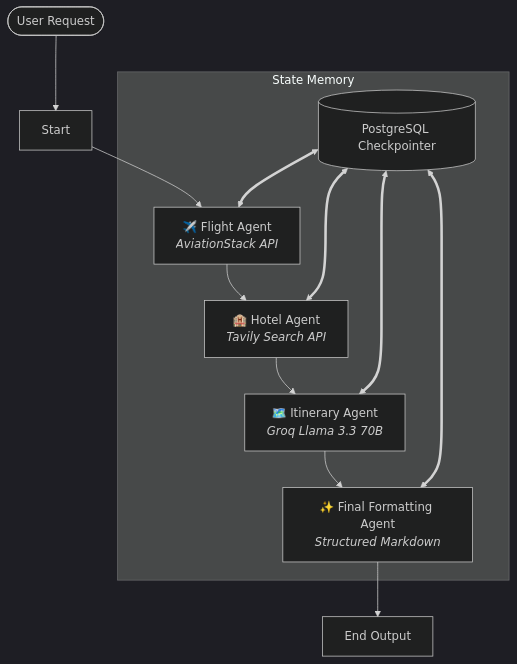
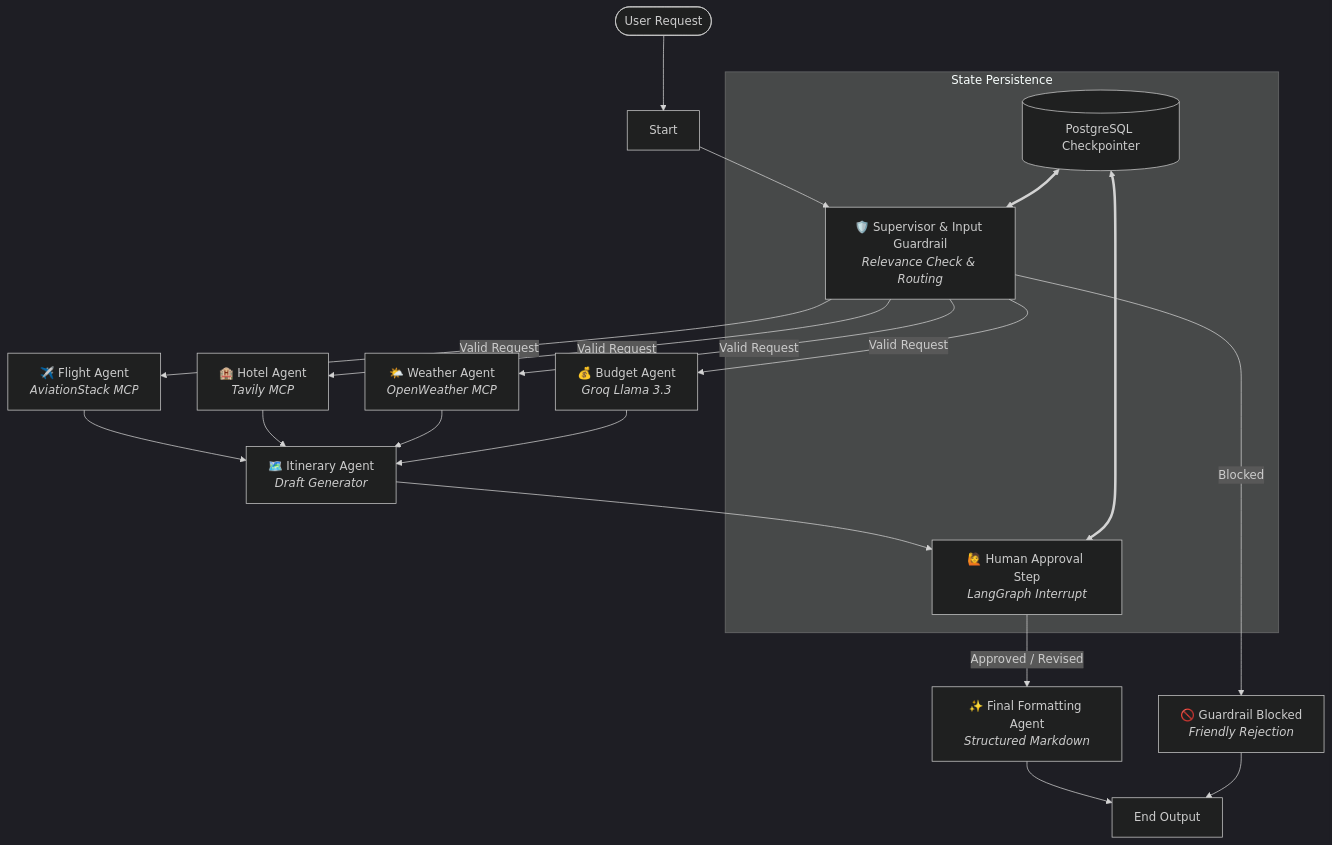
One commit to Dishu223/voyaige-multi-agent changed the diagram in README.md. Above: the diagram before and after it, drawn with Mermaid (dark theme). The commit also changed other lines of this file and 6 other files, not shown here.

````diff
--- a/README.md
+++ b/README.md
@@ -35,16 +38,26 @@
 ```mermaid
 graph TD
     User([User Request]) --> START[Start]
-    START --> FlightAgent[✈️ Flight Agent<br/><i>AviationStack API</i>]
-    FlightAgent --> HotelAgent[🏨 Hotel Agent<br/><i>Tavily Search API</i>]
-    HotelAgent --> ItineraryAgent[🗺️ Itinerary Agent<br/><i>Groq Llama 3.3 70B</i>]
-    ItineraryAgent --> FinalAgent[✨ Final Formatting Agent<br/><i>Structured Markdown</i>]
-    FinalAgent --> END[End Output]
+    START --> Supervisor[🛡️ Supervisor & Input Guardrail<br/><i>Relevance Check & Routing</i>]
+    
+    Supervisor -->|Valid Request| Flight[✈️ Flight Agent<br/><i>AviationStack MCP</i>]
+    Supervisor -->|Valid Request| Hotel[🏨 Hotel Agent<br/><i>Tavily MCP</i>]
+    Supervisor -->|Valid Request| Weather[🌤️ Weather Agent<br/><i>OpenWeather MCP</i>]
+    Supervisor -->|Valid Request| Budget[💰 Budget Agent<br/><i>Groq Llama 3.3</i>]
+    Supervisor -->|Blocked| Blocked[🚫 Guardrail Blocked<br/><i>Friendly Rejection</i>]
+    
+    Flight --> Itinerary[🗺️ Itinerary Agent<br/><i>Draft Generator</i>]
+    Hotel --> Itinerary
+    Weather --> Itinerary
+    Budget --> Itinerary
+    
+    Itinerary --> HITL[🙋 Human Approval Step<br/><i>LangGraph Interrupt</i>]
+    HITL -->|Approved / Revised| Final[✨ Final Formatting Agent<br/><i>Structured Markdown</i>]
+    Final --> END[End Output]
+    Blocked --> END
 
-    subgraph State Memory
-        PostgreSQL[(PostgreSQL Checkpointer)] <==> FlightAgent
-        PostgreSQL <==> HotelAgent
-        PostgreSQL <==> ItineraryAgent
-        PostgreSQL <==> FinalAgent
+    subgraph State Persistence
+        PostgreSQL[(PostgreSQL Checkpointer)] <==> Supervisor
+        PostgreSQL <==> HITL
     end
 ```
````
